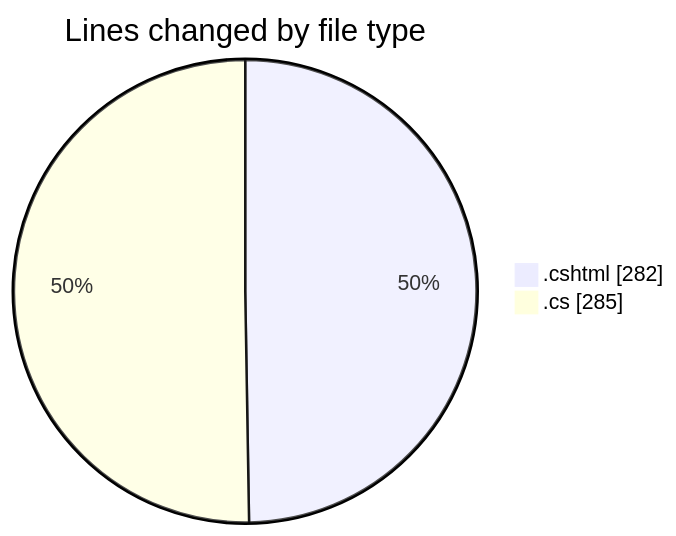
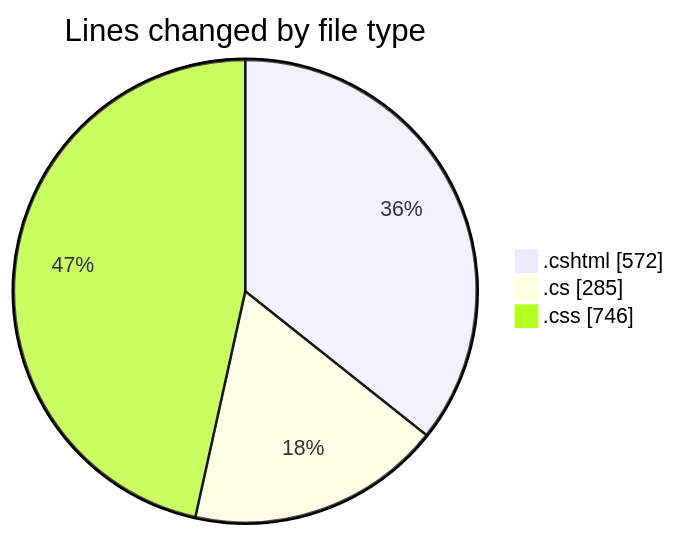
Before and after one commit to lephambinh05/code-tracking: the first of 2 diagrams in 2025-07-18/nhahang/README.md, drawn with Mermaid. The commit also changed other lines of this file and 1 other file, not shown here.

````diff
--- a/2025-07-18/nhahang/README.md
+++ b/2025-07-18/nhahang/README.md
@@ -33,6 +37,7 @@
 ```mermaid
 pie showData
 title Lines changed by file type
-".cshtml" : 282
+".cshtml" : 572
 ".cs" : 285
+".css" : 746
 ```
````
